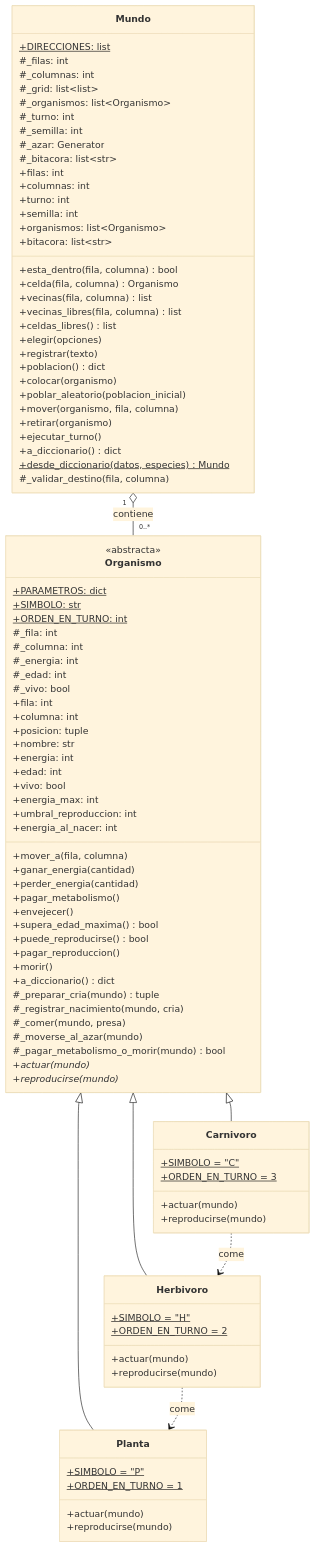
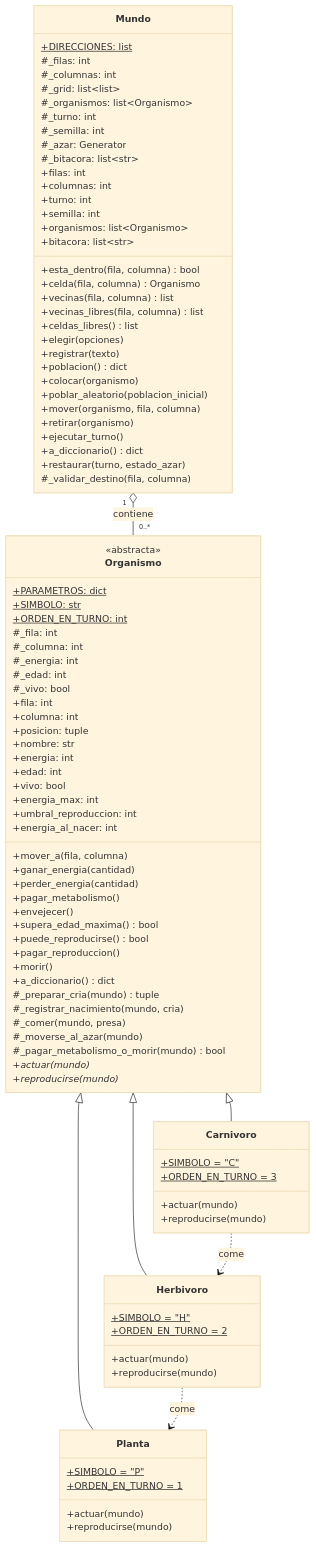
Before and after one commit to torrez-style/ecosistema-simulado: the diagram in docs/diagrama_clases.md, drawn with Mermaid (base theme). The commit also changed 16 other files, not shown here.

```diff
--- a/docs/diagrama_clases.md
+++ b/docs/diagrama_clases.md
@@ -97,7 +97,7 @@
         +retirar(organismo)
         +ejecutar_turno()
         +a_diccionario() dict
-        +desde_diccionario(datos, especies)$ Mundo
+        +restaurar(turno, estado_azar)
         #_validar_destino(fila, columna)
     }
 
```
